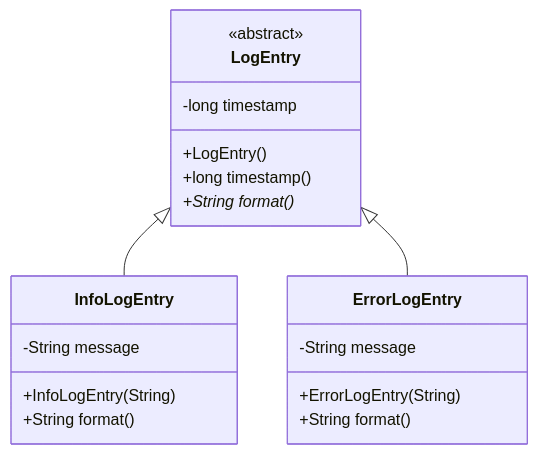
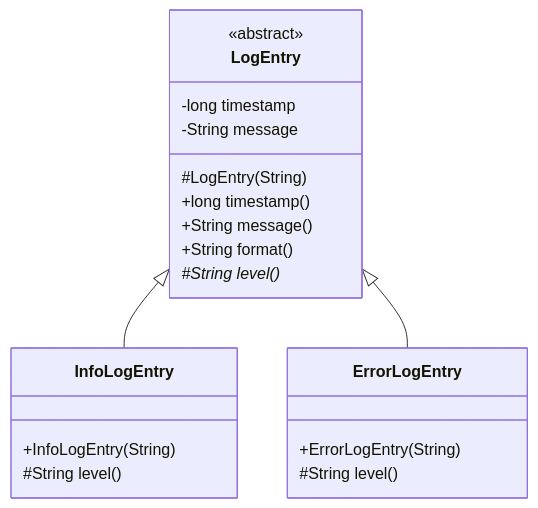
The second of 2 diagrams in notes/topics/t08_inheritance/t08_inheritance_notes.md (nmcguinness/L8-OOP-Module-Content), drawn with Mermaid before and after one commit. The commit also changed other lines of this file and 421 other files, not shown here.

Commit message:
Updated mermaid diagrams and note layout for topics 9-24.

````diff
--- a/notes/topics/t08_inheritance/t08_inheritance_notes.md
+++ b/notes/topics/t08_inheritance/t08_inheritance_notes.md
@@ -688,27 +1023,28 @@
 ```mermaid
 classDiagram
     accTitle: LogEntry abstract class hierarchy
-    accDescr: LogEntry is an abstract base class with a timestamp and an abstract format method. InfoLogEntry and ErrorLogEntry extend it and each supply a concrete format implementation.
+    accDescr: LogEntry is an abstract base class holding a timestamp and a message, with a final format method that calls the abstract level method. InfoLogEntry and ErrorLogEntry extend it and each supply only level.
     class LogEntry {
         <<abstract>>
         -long timestamp
-        +LogEntry()
+        -String message
+        #LogEntry(String)
         +long timestamp()
-        +String format()*
+        +String message()
+        +String format()
+        #String level()*
     }
 
     class InfoLogEntry {
-        -String message
         +InfoLogEntry(String)
-        +String format()
+        #String level()
     }
 
     class ErrorLogEntry {
-        -String message
         +ErrorLogEntry(String)
-        +String format()
+        #String level()
     }
 
     LogEntry <|-- InfoLogEntry
     LogEntry <|-- ErrorLogEntry
 ```
````
